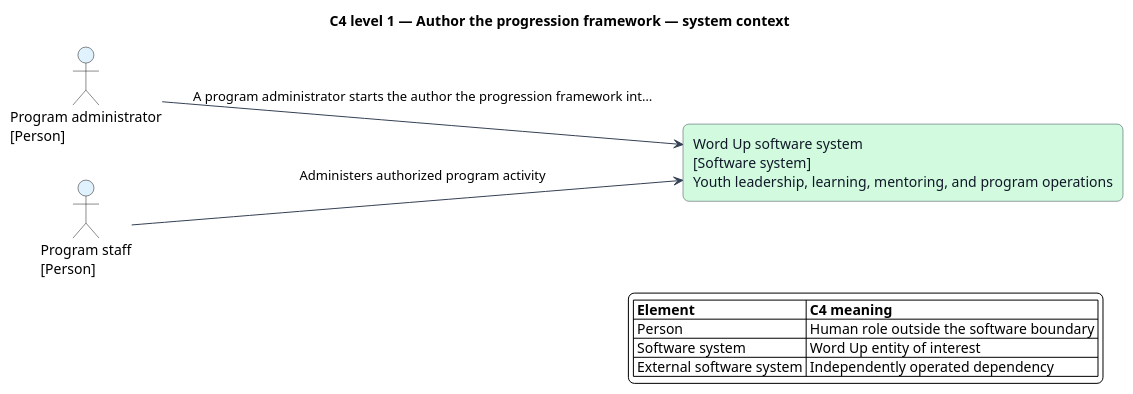
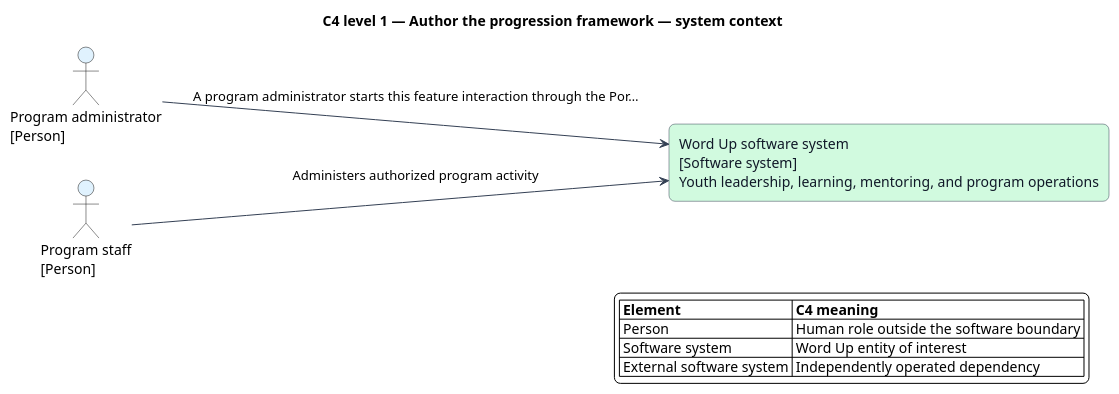
The diagram in docs/detailed-designs/curriculum-authoring/author-progression-framework/diagrams/c4-system-context.puml (QuinntyneBrown/waypoint), drawn with PlantUML before and after one commit. The commit also changed 1112 other files, not shown here.

```diff
--- a/docs/detailed-designs/curriculum-authoring/author-progression-framework/diagrams/c4-system-context.puml
+++ b/docs/detailed-designs/curriculum-authoring/author-progression-framework/diagrams/c4-system-context.puml
@@ -1,31 +1,31 @@
 @startuml
 left to right direction
 title C4 level 1 — Author the progression framework — system context
 skinparam backgroundColor #FFFFFF
 skinparam shadowing false
 skinparam roundcorner 12
 skinparam defaultFontName Arial
 skinparam ArrowColor #344054
 skinparam rectangle {
   BorderColor #344054
   FontColor #101828
 }
 skinparam package {
   BorderColor #667085
   FontColor #101828
   BackgroundColor #F9FAFB
 }
 actor "Program administrator\n[Person]" as primary #E0F2FE
 actor "Program staff\n[Person]" as staff #E0F2FE
 rectangle "Word Up software system\n[Software system]\nYouth leadership, learning, mentoring, and program operations" as wordup #D1FADF
 
-primary --> wordup : A program administrator starts the author the progression framework int…
+primary --> wordup : A program administrator starts this feature interaction through the Por…
 staff --> wordup : Administers authorized program activity
 
 legend right
   |= Element |= C4 meaning |
   | Person | Human role outside the software boundary |
   | Software system | Word Up entity of interest |
   | External software system | Independently operated dependency |
 endlegend
 @enduml
```
